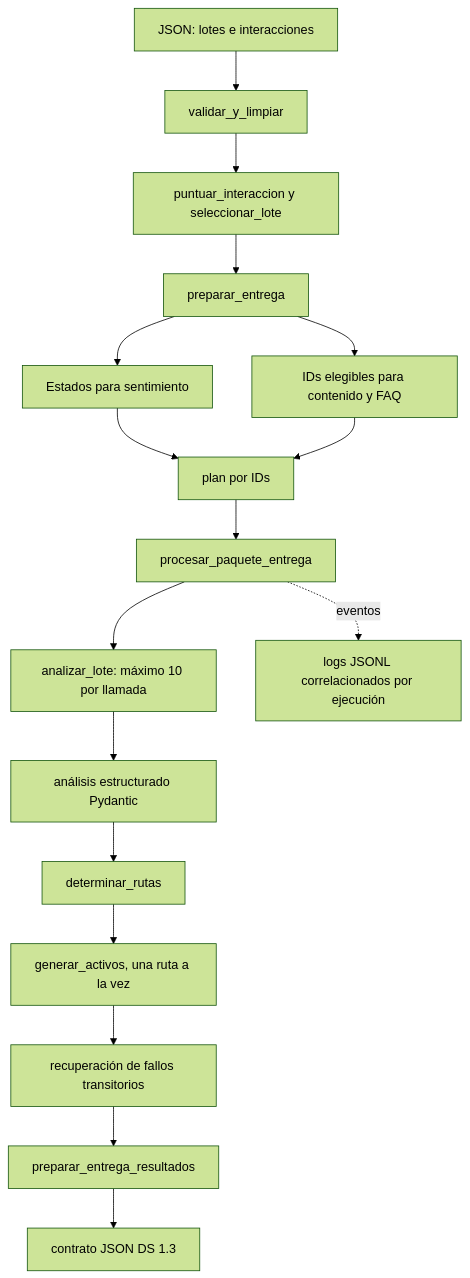
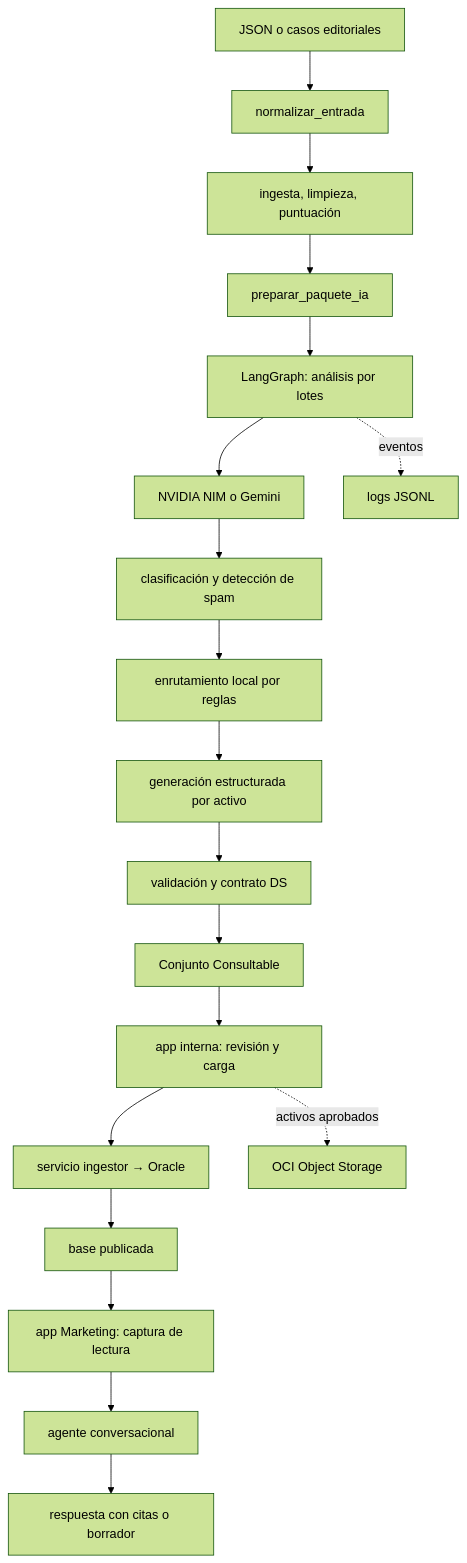
The diagram in docs/manual_lectura_codigo.md (HenryH11/communitylab), drawn with Mermaid (forest theme) before and after one commit. The commit also changed other lines of this file and 2 other files, not shown here.

Commit message:
Actualiza el manual técnico y la documentación del flujo conversacional

````diff
--- a/docs/manual_lectura_codigo.md
+++ b/docs/manual_lectura_codigo.md
@@ -76,19 +68,21 @@
 ```mermaid
 flowchart TD
-    A[JSON: lotes e interacciones] --> B[validar_y_limpiar]
-    B --> C[puntuar_interaccion y seleccionar_lote]
-    C --> D[preparar_entrega]
-    D --> E[Estados para sentimiento]
-    D --> F[IDs elegibles para contenido y FAQ]
-    E --> G[plan por IDs]
-    F --> G
-    G --> H[procesar_paquete_entrega]
-    H --> I[analizar_lote: máximo 10 por llamada]
-    I --> J[análisis estructurado Pydantic]
-    J --> K[determinar_rutas]
-    K --> L[generar_activos, una ruta a la vez]
-    L --> M[recuperación de fallos transitorios]
-    M --> N[preparar_entrega_resultados]
-    N --> O[contrato JSON DS 1.3]
-    H -. eventos .-> P[logs JSONL correlacionados por ejecución]
+    A[JSON o casos editoriales] --> B[normalizar_entrada]
+    B --> C[ingesta, limpieza, puntuación]
+    C --> D[preparar_paquete_ia]
+    D --> E[LangGraph: análisis por lotes]
+    E --> F[NVIDIA NIM o Gemini]
+    F --> G[clasificación y detección de spam]
+    G --> H[enrutamiento local por reglas]
+    H --> I[generación estructurada por activo]
+    I --> J[validación y contrato DS]
+    J --> K[Conjunto Consultable]
+    K --> L[app interna: revisión y carga]
+    L --> M[servicio ingestor → Oracle]
+    M --> N[base publicada]
+    N --> O[app Marketing: captura de lectura]
+    O --> P[agente conversacional]
+    P --> Q[respuesta con citas o borrador]
+    L -. activos aprobados .-> R[OCI Object Storage]
+    E -. eventos .-> S[logs JSONL]
 ```
````
